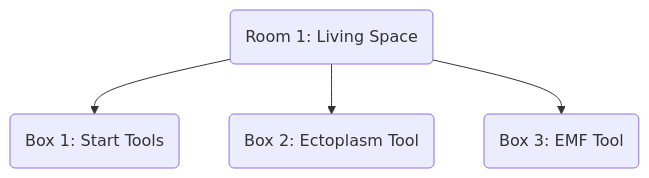
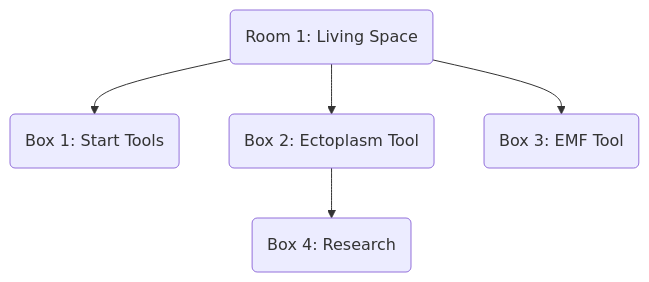
One commit to open-sesame-escape/open-sesame-escape.github.io changed the diagram in content/rooms/ghost-chasers/index.md. Above: the diagram before and after it, drawn with Mermaid. The commit also changed other lines of this file, not shown here.

Commit message:
Add ghost chasers research box

```diff
--- a/content/rooms/ghost-chasers/index.md
+++ b/content/rooms/ghost-chasers/index.md
@@ -119,7 +145,8 @@
 {{< mermaid align="center" >}}
 graph TB;
   R1(Room 1: Living Space) --> B1 & B2 & B3
   B1(Box 1: Start Tools)
-  B2(Box 2: Ectoplasm Tool)
+  B2(Box 2: Ectoplasm Tool) --> B4
   B3(Box 3: EMF Tool)
+  B4(Box 4: Research)
 {{< /mermaid >}}
```
